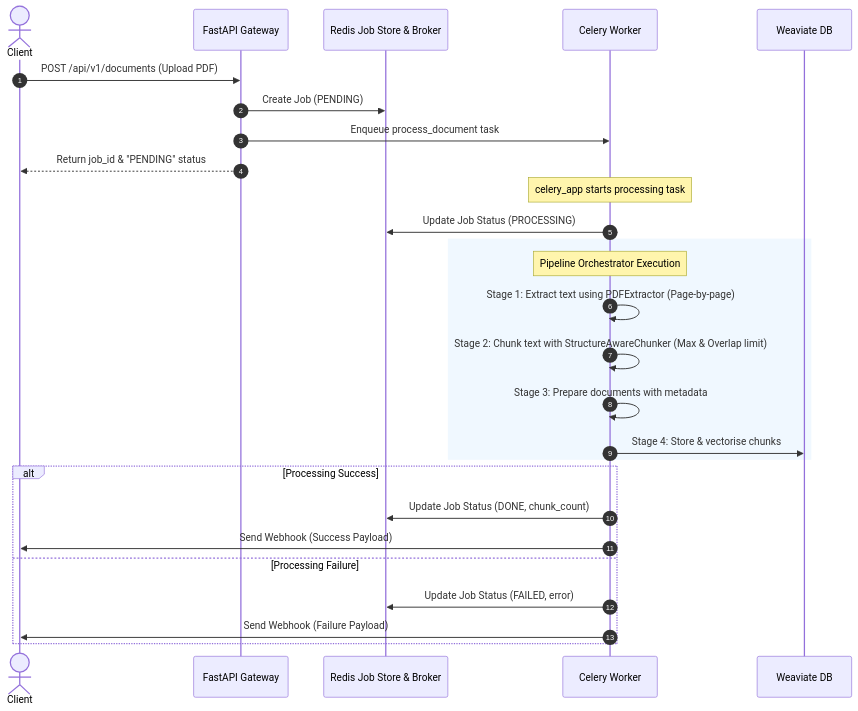
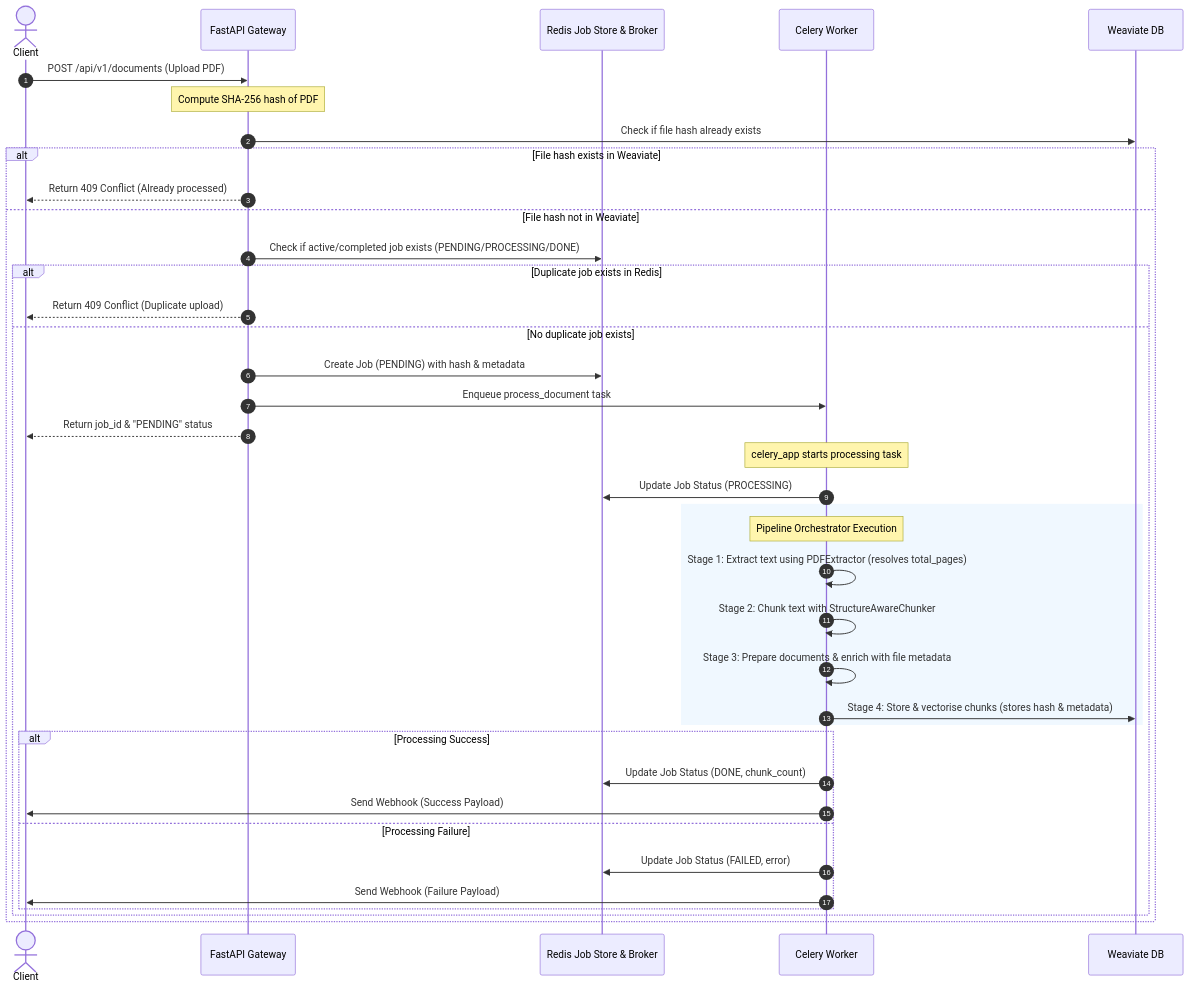
The diagram in README.md (github-hc/knowledge-ingestion-workflow), drawn with Mermaid before and after one commit. The commit also changed other lines of this file, not shown here.

Commit message:
update readme after duplication check

````diff
--- a/README.md
+++ b/README.md
@@ -44,33 +44,44 @@
 ```mermaid
 sequenceDiagram
     autonumber
     actor Client
     participant API as FastAPI Gateway
     participant Redis as Redis Job Store & Broker
     participant Celery as Celery Worker
     participant Weaviate as Weaviate DB
 
     Client->>API: POST /api/v1/documents (Upload PDF)
-    API->>Redis: Create Job (PENDING)
-    API->>Celery: Enqueue process_document task
-    API-->>Client: Return job_id & "PENDING" status
-    
-    Note over Celery: celery_app starts processing task
-    Celery->>Redis: Update Job Status (PROCESSING)
-    
-    rect rgb(240, 248, 255)
-        note over Celery: Pipeline Orchestrator Execution
-        Celery->>Celery: Stage 1: Extract text using PDFExtractor (Page-by-page)
-        Celery->>Celery: Stage 2: Chunk text with StructureAwareChunker (Max & Overlap limit)
-        Celery->>Celery: Stage 3: Prepare documents with metadata
-        Celery->>Weaviate: Stage 4: Store & vectorise chunks
-    end
+    Note over API: Compute SHA-256 hash of PDF
+    API->>Weaviate: Check if file hash already exists
+    alt File hash exists in Weaviate
+        API-->>Client: Return 409 Conflict (Already processed)
+    else File hash not in Weaviate
+        API->>Redis: Check if active/completed job exists (PENDING/PROCESSING/DONE)
+        alt Duplicate job exists in Redis
+            API-->>Client: Return 409 Conflict (Duplicate upload)
+        else No duplicate job exists
+            API->>Redis: Create Job (PENDING) with hash & metadata
+            API->>Celery: Enqueue process_document task
+            API-->>Client: Return job_id & "PENDING" status
+            
+            Note over Celery: celery_app starts processing task
+            Celery->>Redis: Update Job Status (PROCESSING)
+            
+            rect rgb(240, 248, 255)
+                note over Celery: Pipeline Orchestrator Execution
+                Celery->>Celery: Stage 1: Extract text using PDFExtractor (resolves total_pages)
+                Celery->>Celery: Stage 2: Chunk text with StructureAwareChunker
+                Celery->>Celery: Stage 3: Prepare documents & enrich with file metadata
+                Celery->>Weaviate: Stage 4: Store & vectorise chunks (stores hash & metadata)
+            end
 
-    alt Processing Success
-        Celery->>Redis: Update Job Status (DONE, chunk_count)
-        Celery->>Client: Send Webhook (Success Payload)
-    else Processing Failure
-        Celery->>Redis: Update Job Status (FAILED, error)
-        Celery->>Client: Send Webhook (Failure Payload)
+            alt Processing Success
+                Celery->>Redis: Update Job Status (DONE, chunk_count)
+                Celery->>Client: Send Webhook (Success Payload)
+            else Processing Failure
+                Celery->>Redis: Update Job Status (FAILED, error)
+                Celery->>Client: Send Webhook (Failure Payload)
+            end
+        end
     end
 ```
````
